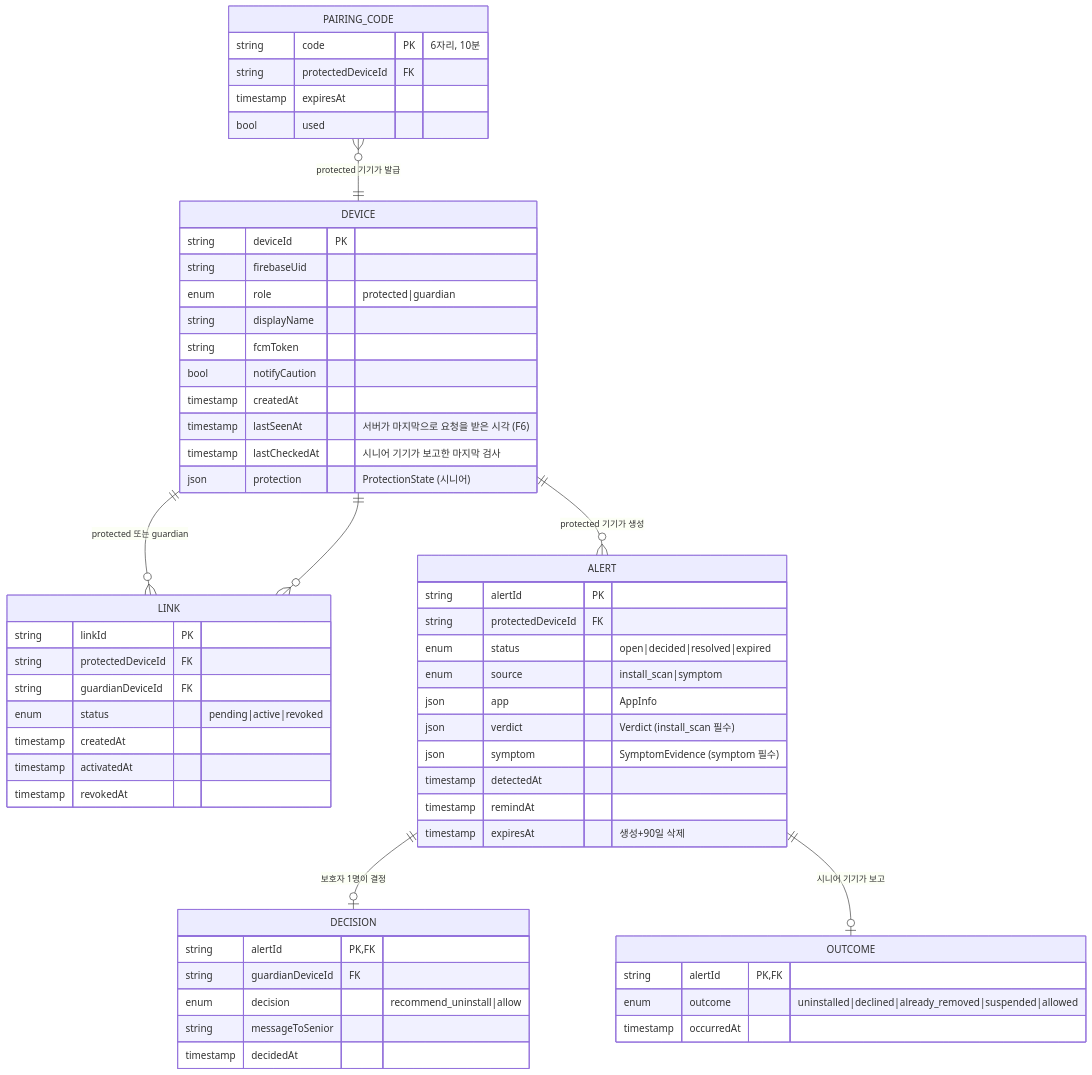
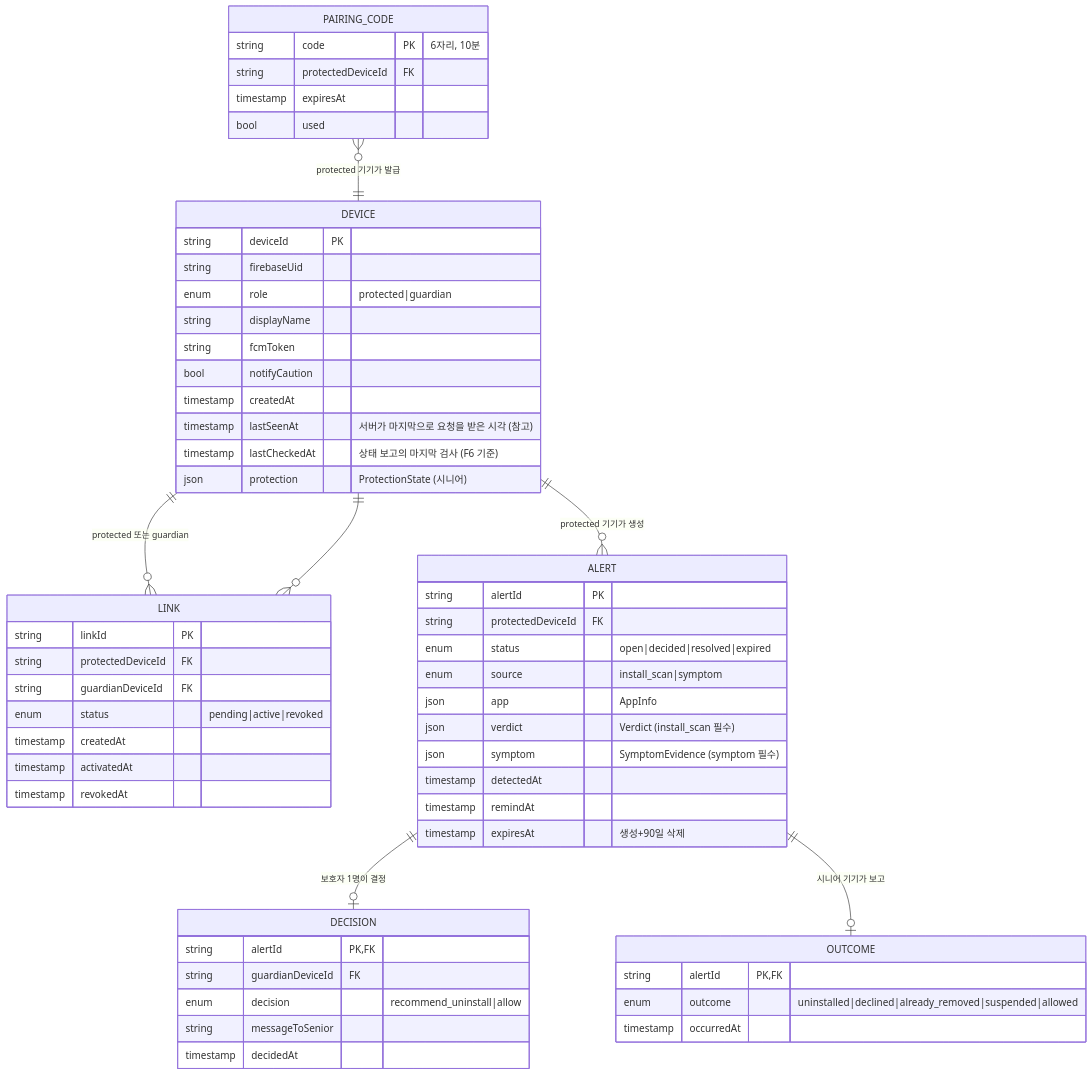
Before and after one commit to inq-o/phonedoctor: the first of 2 diagrams in specs/001-mvp/data-model.md, drawn with Mermaid. The commit also changed other lines of this file and 5 other files, not shown here.

````diff
--- a/specs/001-mvp/data-model.md
+++ b/specs/001-mvp/data-model.md
@@ -10,61 +10,61 @@
 ```mermaid
 erDiagram
     DEVICE ||--o{ LINK : "protected 또는 guardian"
     LINK }o--|| DEVICE : ""
     DEVICE ||--o{ ALERT : "protected 기기가 생성"
     ALERT ||--o| DECISION : "보호자 1명이 결정"
     ALERT ||--o| OUTCOME : "시니어 기기가 보고"
     PAIRING_CODE }o--|| DEVICE : "protected 기기가 발급"
 
     DEVICE {
       string deviceId PK
       string firebaseUid
       enum role "protected|guardian"
       string displayName
       string fcmToken
       bool notifyCaution
       timestamp createdAt
-      timestamp lastSeenAt "서버가 마지막으로 요청을 받은 시각 (F6)"
-      timestamp lastCheckedAt "시니어 기기가 보고한 마지막 검사"
+      timestamp lastSeenAt "서버가 마지막으로 요청을 받은 시각 (참고)"
+      timestamp lastCheckedAt "상태 보고의 마지막 검사 (F6 기준)"
       json protection "ProtectionState (시니어)"
     }
     LINK {
       string linkId PK
       string protectedDeviceId FK
       string guardianDeviceId FK
       enum status "pending|active|revoked"
       timestamp createdAt
       timestamp activatedAt
       timestamp revokedAt
     }
     PAIRING_CODE {
       string code PK "6자리, 10분"
       string protectedDeviceId FK
       timestamp expiresAt
       bool used
     }
     ALERT {
       string alertId PK
       string protectedDeviceId FK
       enum status "open|decided|resolved|expired"
       enum source "install_scan|symptom"
       json app "AppInfo"
       json verdict "Verdict (install_scan 필수)"
       json symptom "SymptomEvidence (symptom 필수)"
       timestamp detectedAt
       timestamp remindAt
       timestamp expiresAt "생성+90일 삭제"
     }
     DECISION {
       string alertId PK, FK
       string guardianDeviceId FK
       enum decision "recommend_uninstall|allow"
       string messageToSenior
       timestamp decidedAt
     }
     OUTCOME {
       string alertId PK, FK
       enum outcome "uninstalled|declined|already_removed|suspended|allowed"
       timestamp occurredAt
     }
 ```
````
